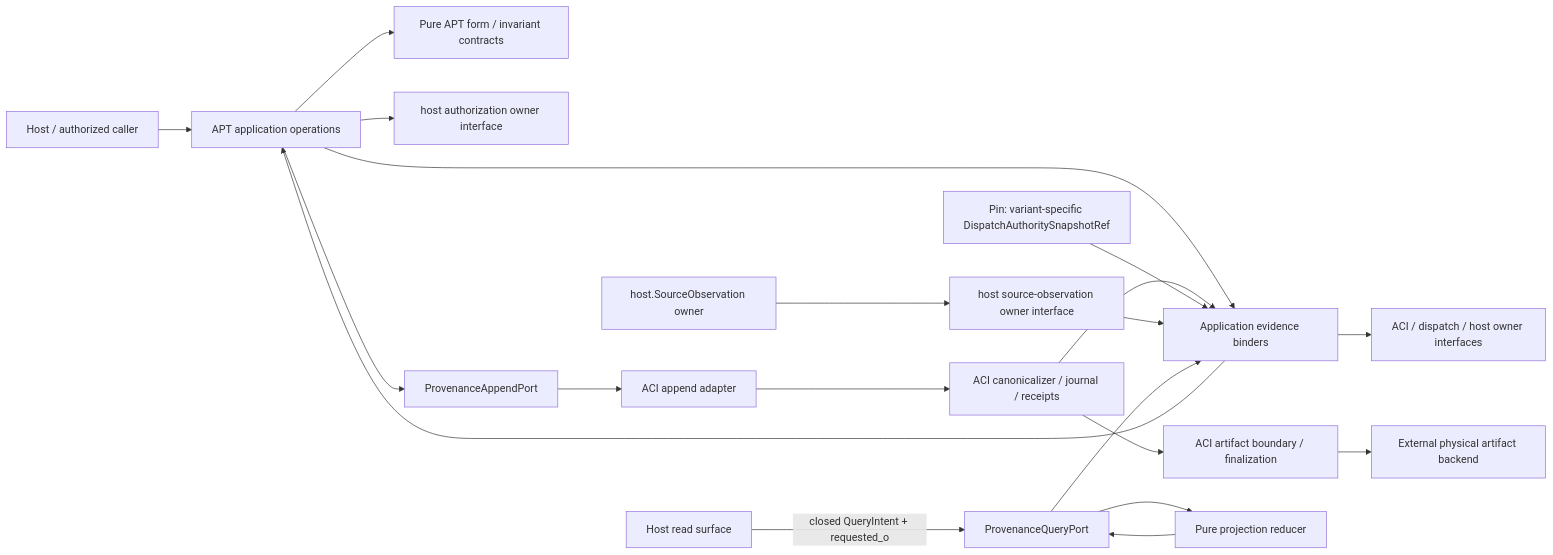
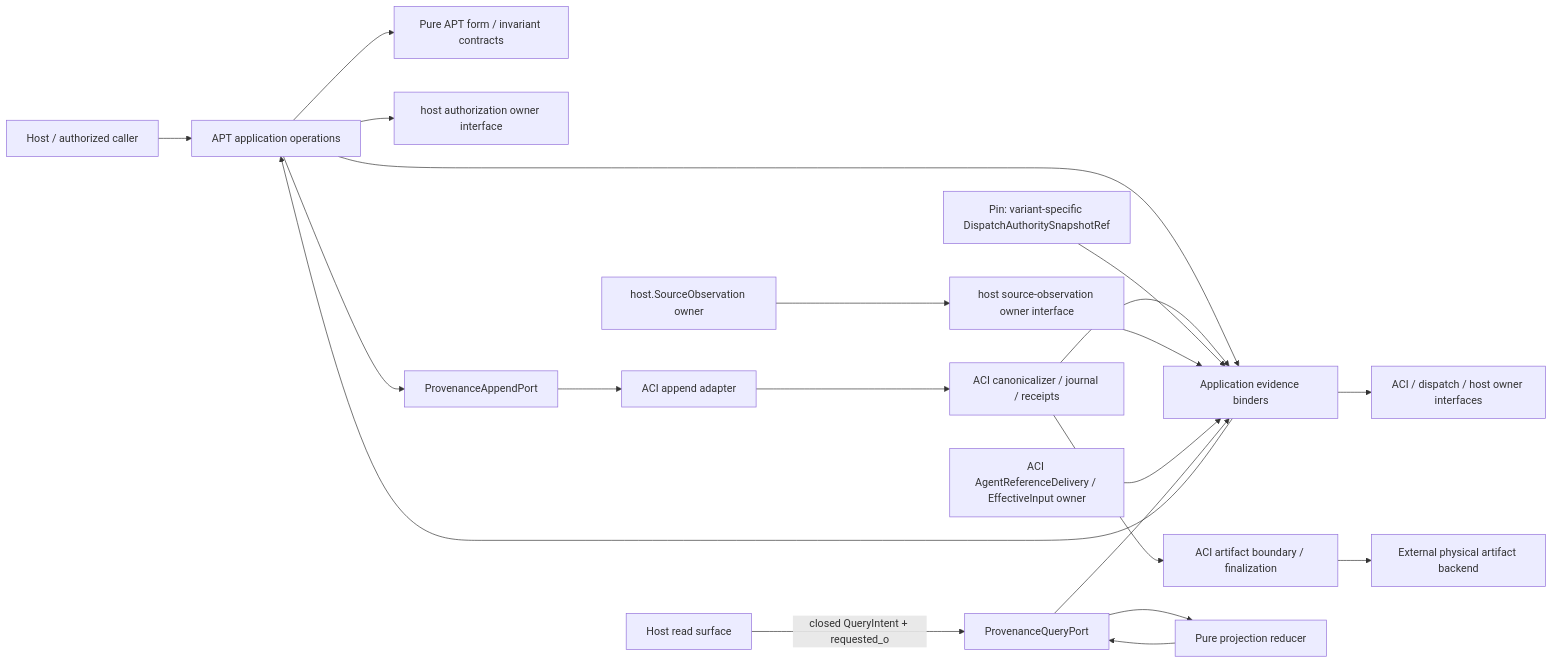
The first of 2 diagrams in docs/features/agent-provenance-telemetry/specs/architecture.md (VictorBoscaro/cyberalchemy-orchestrator), drawn with Mermaid before and after one commit. The commit also changed other lines of this file and 18 other files, not shown here.

````diff
--- a/docs/features/agent-provenance-telemetry/specs/architecture.md
+++ b/docs/features/agent-provenance-telemetry/specs/architecture.md
@@ -99,22 +105,23 @@
 ```mermaid
 graph LR
     H[Host / authorized caller] --> APP[APT application operations]
     APP --> D[Pure APT form / invariant contracts]
     APP --> EB[Application evidence binders]
     EB --> OWN[ACI / dispatch / host owner interfaces]
     APP --> HAO[host authorization owner interface]
     APP --> AP[ProvenanceAppendPort]
     AP --> AD[ACI append adapter]
     AD --> ACI[ACI canonicalizer / journal / receipts]
     ACI --> AB[ACI artifact boundary / finalization]
     AB --> PB[External physical artifact backend]
     ACI --> EB
     DS[Pin: variant-specific DispatchAuthoritySnapshotRef] --> EB
     SO[host.SourceObservation owner] --> HSO[host source-observation owner interface]
     HSO --> EB
+    ARD[ACI AgentReferenceDelivery / EffectiveInput owner] --> EB
     EB --> APP
     UI[Host read surface] -->|closed QueryIntent + requested_o| QP[ProvenanceQueryPort]
     QP --> EB
     QP --> PR[Pure projection reducer]
     PR --> QP
 ```
````
